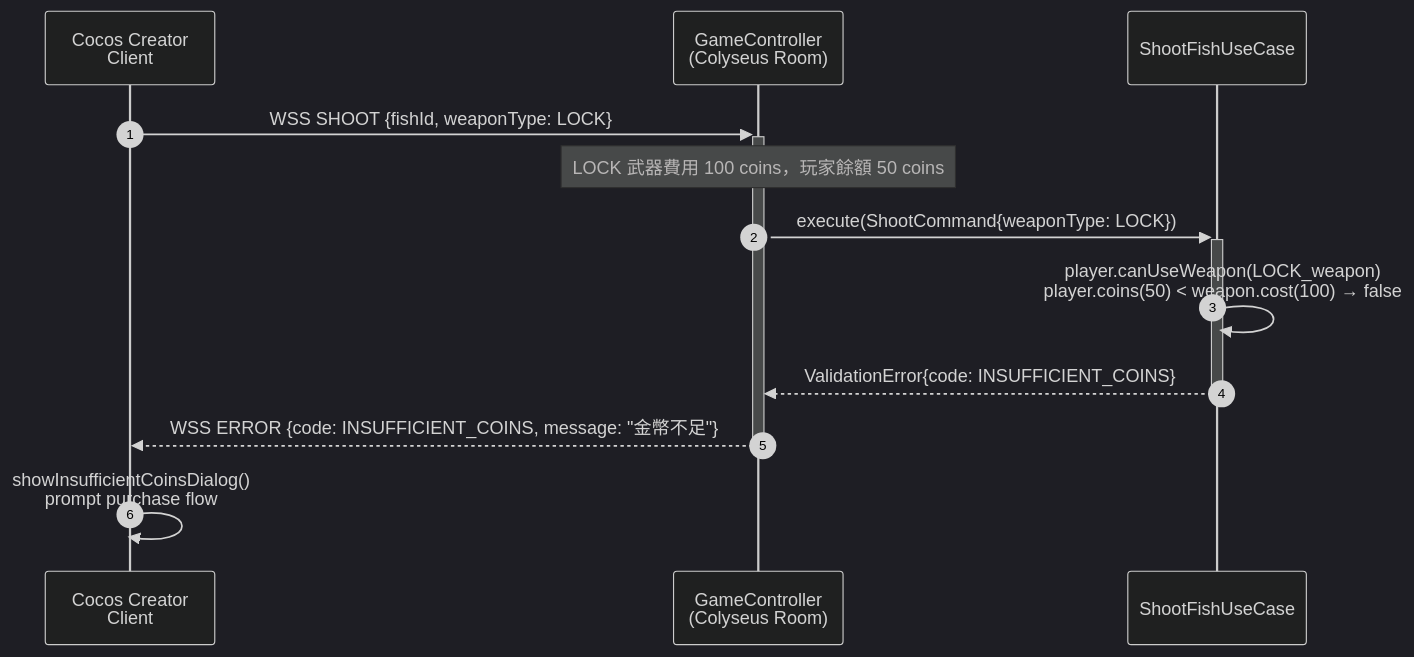
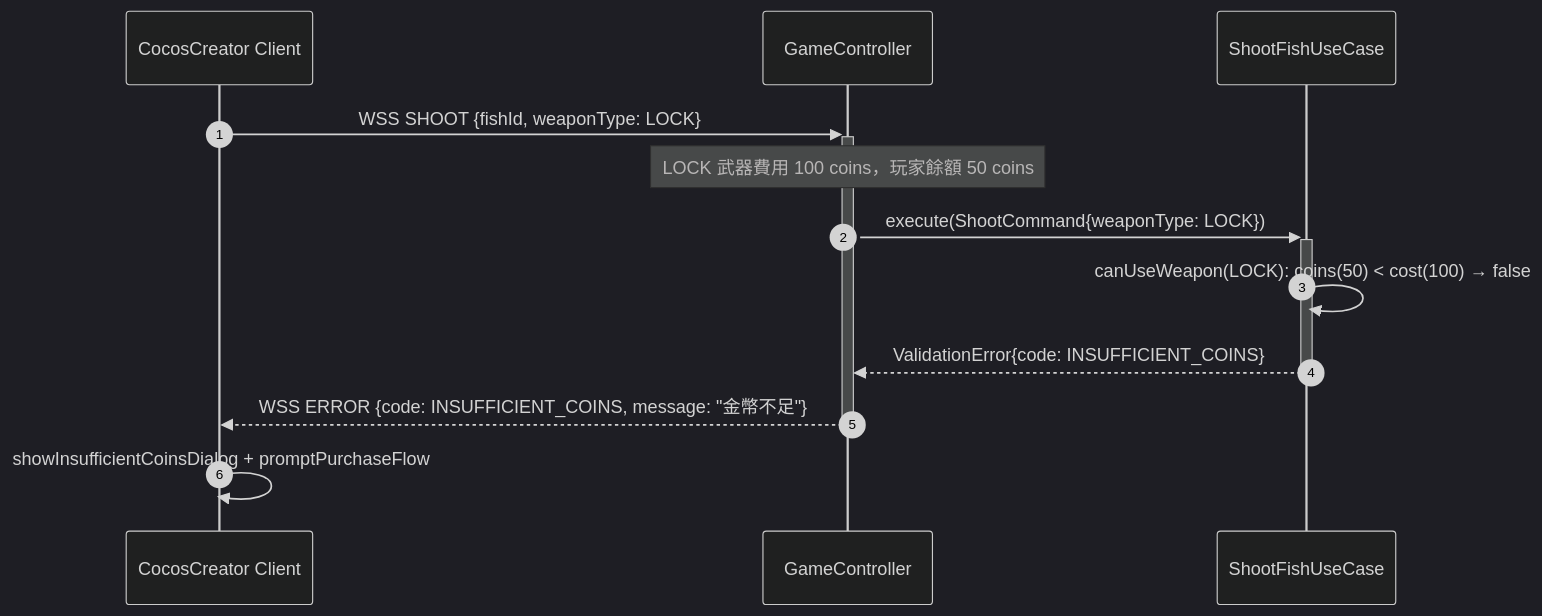
Before and after one commit to ibalasite/fishgame: the third of 4 diagrams in docs/diagrams/sequence-shoot-fish-error.md, drawn with Mermaid. The commit also changed other lines of this file and 5 other files, not shown here.

First line of the commit message:
fix: remove all <br/> from Mermaid diagrams and replace experimental charts

````diff
--- a/docs/diagrams/sequence-shoot-fish-error.md
+++ b/docs/diagrams/sequence-shoot-fish-error.md
@@ -90,16 +90,16 @@
 ```mermaid
 %%{init: {"theme": "dark"}}%%
 sequenceDiagram
     autonumber
-    participant CC as Cocos Creator<br/>Client
-    participant CR as GameController<br/>(Colyseus Room)
+    participant CC as CocosCreator Client
+    participant CR as GameController
     participant SUC as ShootFishUseCase
 
     CC->>+CR: WSS SHOOT {fishId, weaponType: LOCK}
     Note over CR: LOCK 武器費用 100 coins，玩家餘額 50 coins
     CR->>+SUC: execute(ShootCommand{weaponType: LOCK})
-    SUC->>SUC: player.canUseWeapon(LOCK_weapon)<br/>player.coins(50) < weapon.cost(100) → false
+    SUC->>SUC: canUseWeapon(LOCK): coins(50) < cost(100) → false
     SUC-->>-CR: ValidationError{code: INSUFFICIENT_COINS}
     CR-->>-CC: WSS ERROR {code: INSUFFICIENT_COINS, message: "金幣不足"}
-    CC->>CC: showInsufficientCoinsDialog()<br/>prompt purchase flow
+    CC->>CC: showInsufficientCoinsDialog + promptPurchaseFlow
 ```
````
